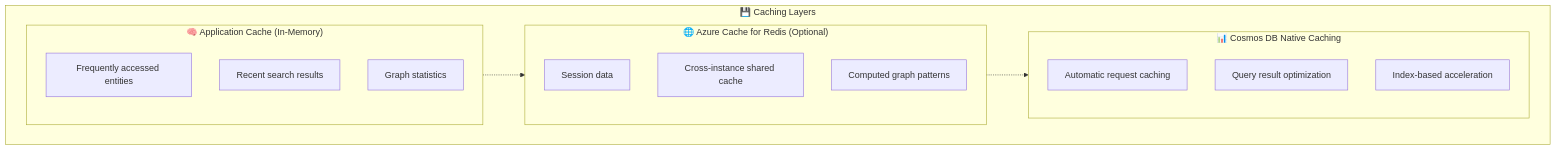
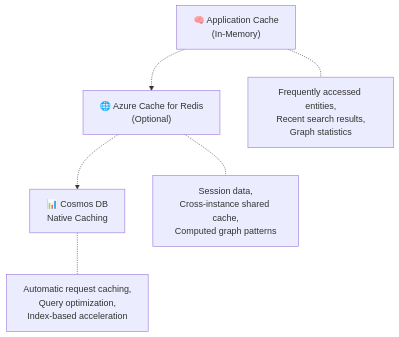
One commit to shyamsridhar123/GraphAI changed the eighth of 10 diagrams in README.md. Above: the diagram before and after it, drawn with Mermaid. The commit also changed other lines of this file, not shown here.

Commit message:
updated architecture diagrams

````diff
--- a/README.md
+++ b/README.md
@@ -501,24 +485,15 @@
 ```mermaid
 graph TB
-    subgraph CachingLayers["💾 Caching Layers"]
-        subgraph AppCache["🧠 Application Cache (In-Memory)"]
-            FreqEntities[Frequently accessed entities]
-            RecentSearch[Recent search results]
-            GraphStats[Graph statistics]
-        end
-        
-        subgraph RedisCache["🌐 Azure Cache for Redis (Optional)"]
-            SessionData[Session data]
-            SharedCache[Cross-instance shared cache]
-            ComputedPatterns[Computed graph patterns]
-        end
-        
-        subgraph CosmosCache["📊 Cosmos DB Native Caching"]
-            AutoCache[Automatic request caching]
-            QueryOptimize[Query result optimization]
-            IndexAccel[Index-based acceleration]
-        end
-    end
-      AppCache -.-> RedisCache
-    RedisCache -.-> CosmosCache
+    %% Main caching components
+    AppCache["🧠 Application Cache<br/>(In-Memory)"]
+    RedisCache["🌐 Azure Cache for Redis<br/>(Optional)"]
+    CosmosCache["📊 Cosmos DB<br/>Native Caching"]
+    
+    %% Cache flow
+    AppCache -.-> RedisCache -.-> CosmosCache
+    
+    %% Component descriptions
+    AppCache -.- AppCacheNote["Frequently accessed entities,<br/>Recent search results,<br/>Graph statistics"]
+    RedisCache -.- RedisCacheNote["Session data,<br/>Cross-instance shared cache,<br/>Computed graph patterns"]
+    CosmosCache -.- CosmosCacheNote["Automatic request caching,<br/>Query optimization,<br/>Index-based acceleration"]
 ```
````
